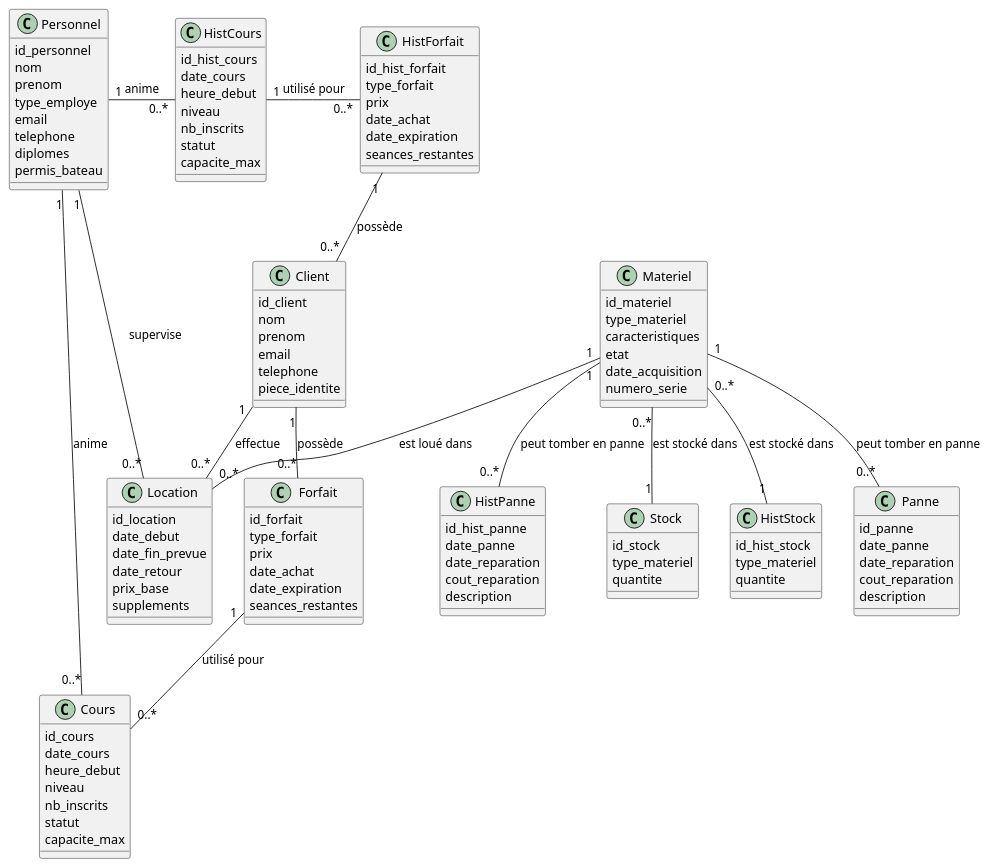
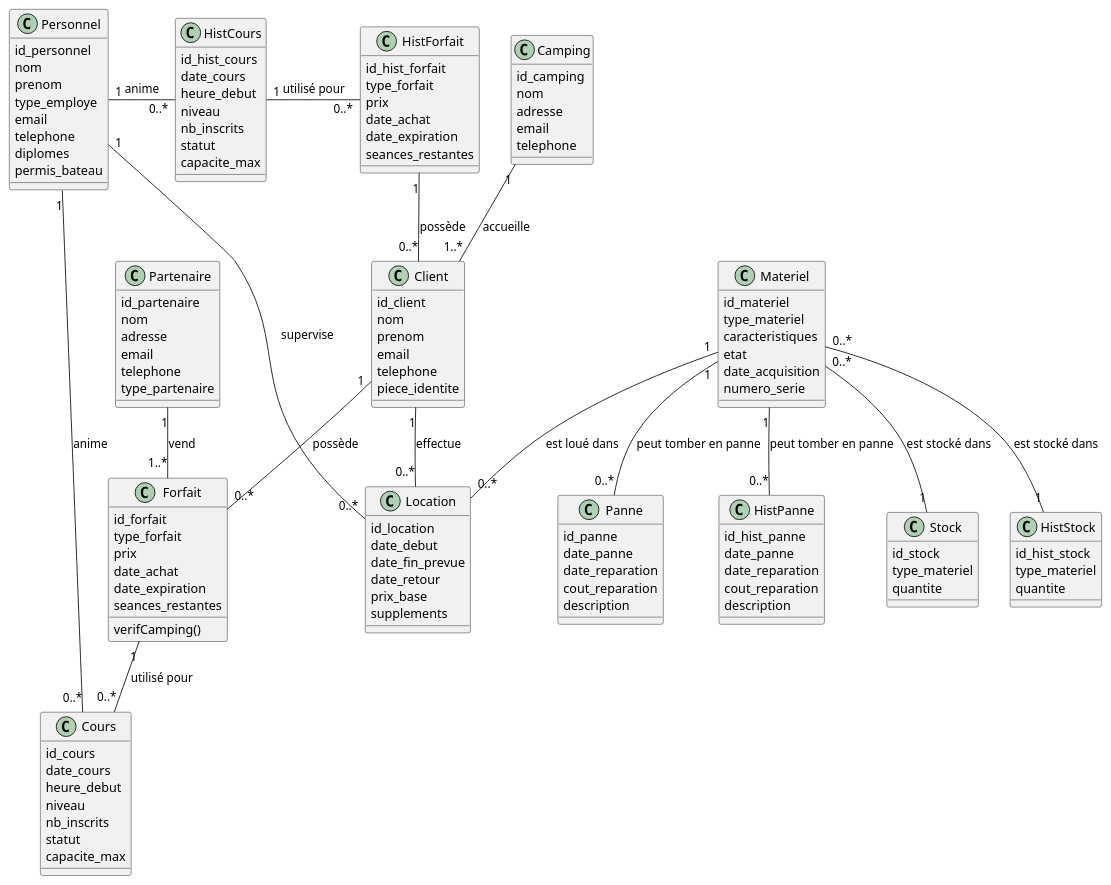
The diagram in docs/1-analysis/generalDesignClassDiagram.puml (Hugo-COLLIN/MIAGE_CSI_NauticalClub), drawn with PlantUML before and after one commit.

Commit message:
docs: adding Camping and Partenaire

```diff
--- a/docs/1-analysis/generalDesignClassDiagram.puml
+++ b/docs/1-analysis/generalDesignClassDiagram.puml
@@ -1,122 +1,140 @@
 @startuml
     class Personnel {
         id_personnel
         nom
         prenom
         type_employe
         email
         telephone
         diplomes
         permis_bateau
     }
 
     class Client {
         id_client
         nom
         prenom
         email
         telephone
         piece_identite
     }
 
     class Materiel {
         id_materiel
         type_materiel
         caracteristiques
         etat
         date_acquisition
         numero_serie
     }
 
     class Forfait {
         id_forfait
         type_forfait
         prix
         date_achat
         date_expiration
         seances_restantes
+        verifCamping()
+    }
+
+    class Partenaire {
+        id_partenaire
+        nom
+        adresse
+        email
+        telephone
+        type_partenaire
+    }
+
+    class Camping {
+        id_camping
+        nom
+        adresse
+        email
+        telephone
     }
 
     class HistForfait {
         id_hist_forfait
         type_forfait
         prix
         date_achat
         date_expiration
         seances_restantes
     }
 
     class Cours {
         id_cours
         date_cours
         heure_debut
         niveau
         nb_inscrits
         statut
         capacite_max
     }
 
     class HistCours {
         id_hist_cours
         date_cours
         heure_debut
         niveau
         nb_inscrits
         statut
         capacite_max
     }
 
     class Location {
         id_location
         date_debut
         date_fin_prevue
         date_retour
         prix_base
         supplements
     }
 
     class Panne {
         id_panne
         date_panne
         date_reparation
         cout_reparation
         description
     }
 
     class HistPanne {
         id_hist_panne
         date_panne
         date_reparation
         cout_reparation
         description
     }
 
     class Stock {
         id_stock
         type_materiel
         quantite
     }
 
     class HistStock {
         id_hist_stock
         type_materiel
         quantite
     }
 
     Client "1" -- "0..*" Forfait: possède
     Client "1" -- "0..*" Location: effectue
     Personnel "1" -- "0..*" Cours: anime
     Materiel "1" -- "0..*" Location: est loué dans
     Forfait "1" -- "0..*" Cours: utilisé pour
     Personnel "1" -- "0..*" Location: supervise
     Materiel "1" -- "0..*" Panne: peut tomber en panne
     Materiel "1" -- "0..*" HistPanne: peut tomber en panne
     Materiel "0..*" -- "1" Stock: est stocké dans
     Materiel "0..*" -- "1" HistStock: est stocké dans
     HistCours "1" - "0..*" HistForfait: utilisé pour
     Personnel "1" - "0..*" HistCours : anime
     HistForfait "1" -- "0..*" Client: possède
-
-
+    Partenaire "1" -- "1..*" Forfait: vend
+    Camping "1" -- "1..*" Client: accueille
 
 @enduml
```
